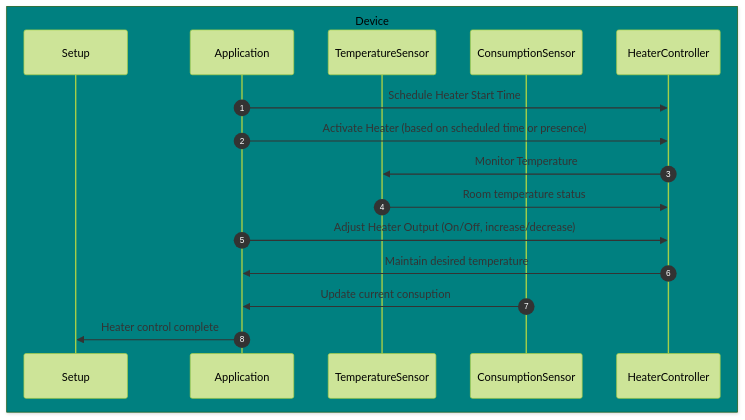
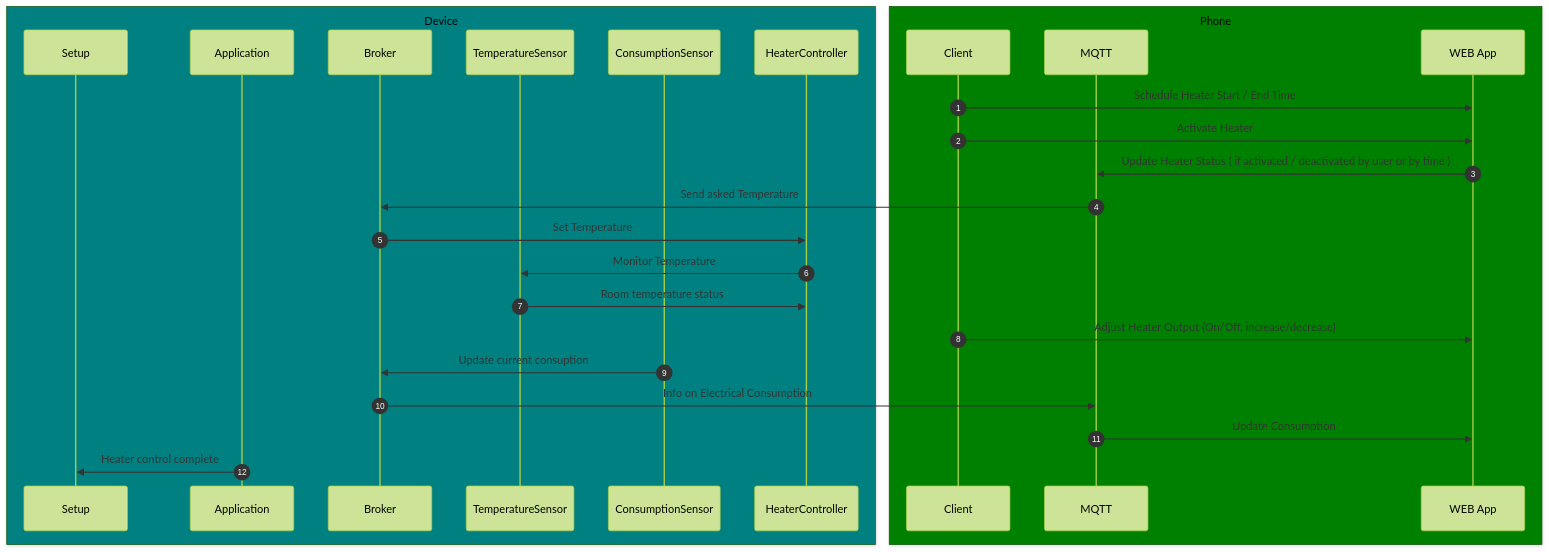
The diagram in README.md (Home-N-Co/Heaters), drawn with Mermaid (forest theme) before and after one commit.

````diff
--- a/README.md
+++ b/README.md
@@ -4,20 +4,30 @@
 ```mermaid
 sequenceDiagram
     autonumber
     box Teal Device
         participant S as Setup
         participant A as Application
+        participant B as Broker
         participant TS as TemperatureSensor
         participant CS as ConsumptionSensor
         participant HC as HeaterController
         end
-        A ->> HC: Schedule Heater Start Time
-        A ->> HC: Activate Heater (based on scheduled time or presence)
+    box Green Phone
+        participant C as Client
+        participant M as MQTT
+        participant AP as WEB App
+    end
+        C ->> AP: Schedule Heater Start / End Time
+        C ->> AP: Activate Heater
+        AP ->> M: Update Heater Status ( if activated / deactivated by user or by time )
+        M ->> B: Send asked Temperature
+        B ->> HC: Set Temperature
         HC ->> TS: Monitor Temperature
         TS ->> HC: Room temperature status
-        A ->> HC: Adjust Heater Output (On/Off, increase/decrease)
-        HC ->> A: Maintain desired temperature
-        CS ->> A : Update current consuption
+        C ->> AP: Adjust Heater Output (On/Off, increase/decrease)
+        CS ->> B : Update current consuption
+        B ->> M: Info on Electrical Consumption
+        M ->> AP: Update Consumption 
         A ->> S: Heater control complete
         
 ```
````
